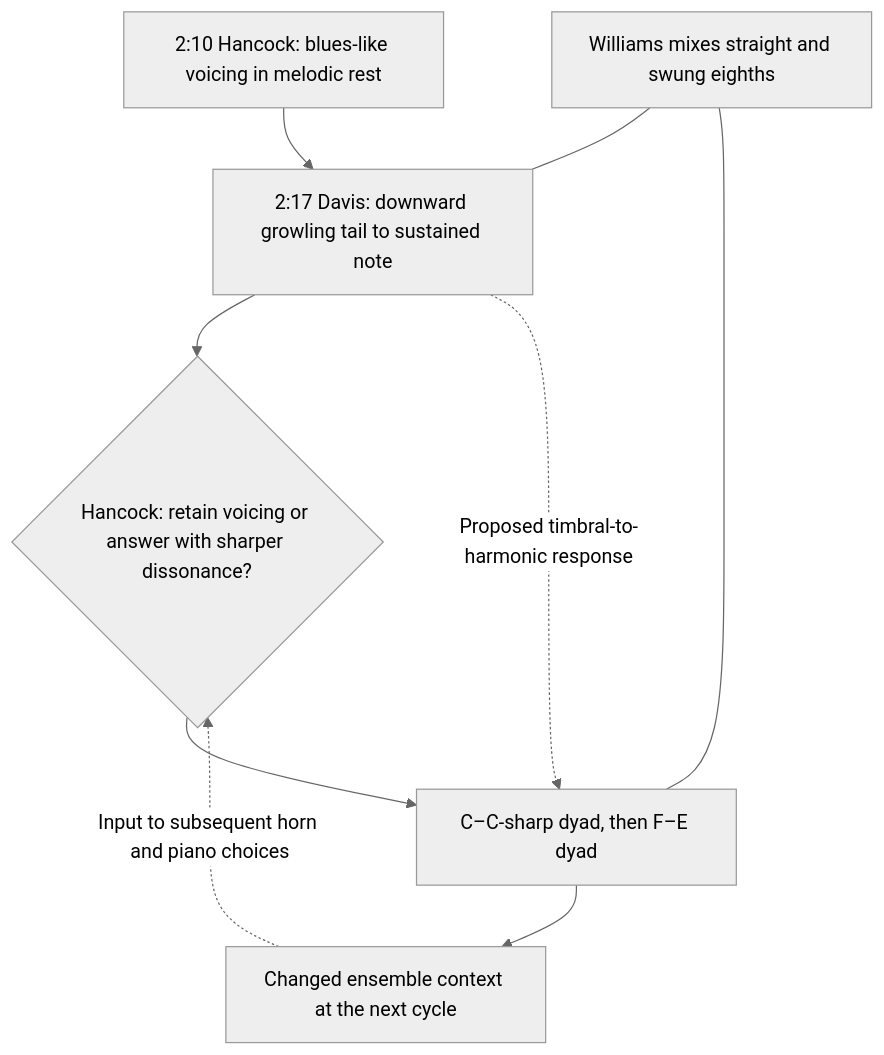
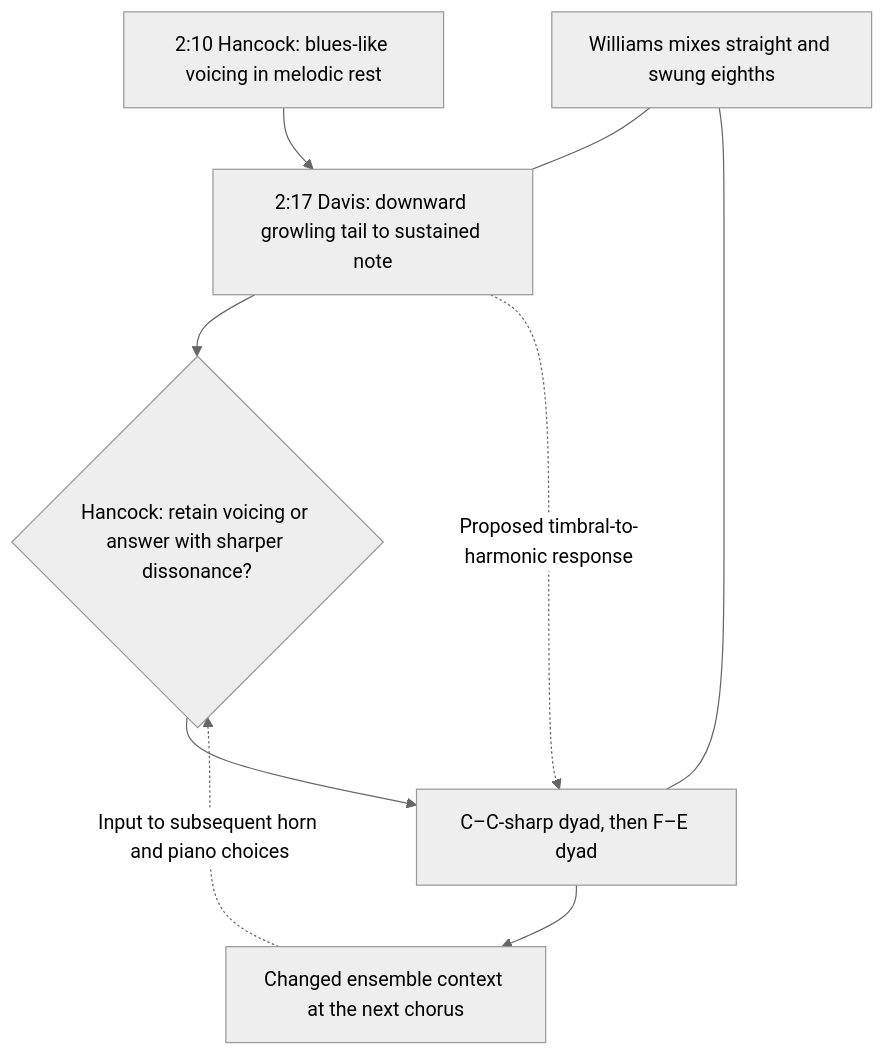
Before and after one commit to einbahnstrasse/nefertiti-analysis: the diagram in mermaid/05-blues.md, drawn with Mermaid (neutral theme). The commit also changed 27 other files, not shown here.

````diff
--- a/mermaid/05-blues.md
+++ b/mermaid/05-blues.md
@@ -9,11 +9,11 @@
 ```mermaid
 flowchart TD
  A["2:10 Hancock: blues-like voicing in melodic rest"] --> B["2:17 Davis: downward growling tail to sustained note"]
  B --> C{"Hancock: retain voicing or answer with sharper dissonance?"}
  C --> D["C–C-sharp dyad, then F–E dyad"]
  B -. "Proposed timbral-to-harmonic response" .-> D
  T["Williams mixes straight and swung eighths"] --- B
  T --- D
- D --> E["Changed ensemble context at the next cycle"]
+ D --> E["Changed ensemble context at the next chorus"]
  E -. "Input to subsequent horn and piano choices" .-> C
 ```
````
